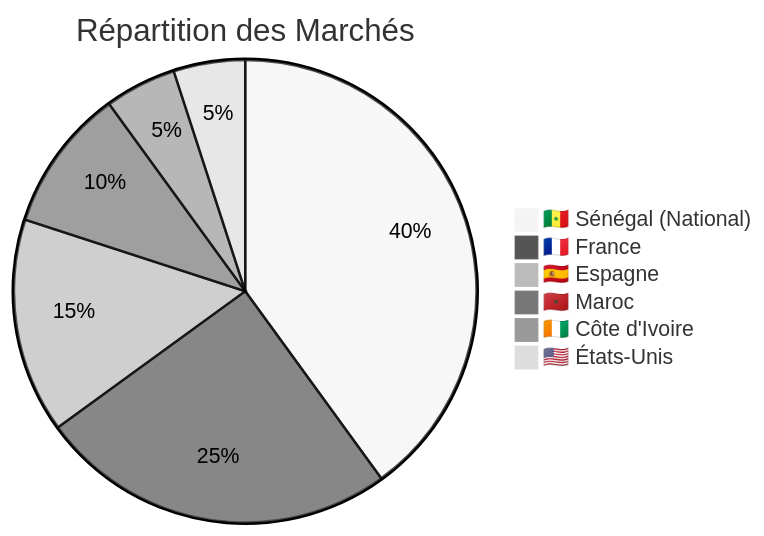
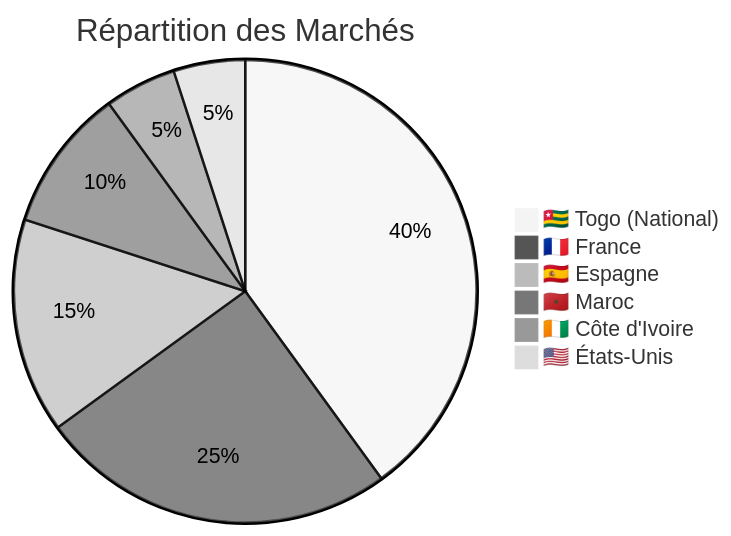
One commit to MaximeKELI/Projet-AGRICOLE changed the tenth of 13 diagrams in README.md. Above: the diagram before and after it, drawn with Mermaid (neutral theme). The commit also changed other lines of this file, not shown here.

````diff
--- a/README.md
+++ b/README.md
@@ -924,9 +929,9 @@
 ```mermaid
 pie title Répartition des Marchés
-    "🇸🇳 Sénégal (National)" : 40
+    "🇹🇬 Togo (National)" : 40
     "🇫🇷 France" : 25
     "🇪🇸 Espagne" : 15
     "🇲🇦 Maroc" : 10
     "🇨🇮 Côte d'Ivoire" : 5
     "🇺🇸 États-Unis" : 5
 ```
````
